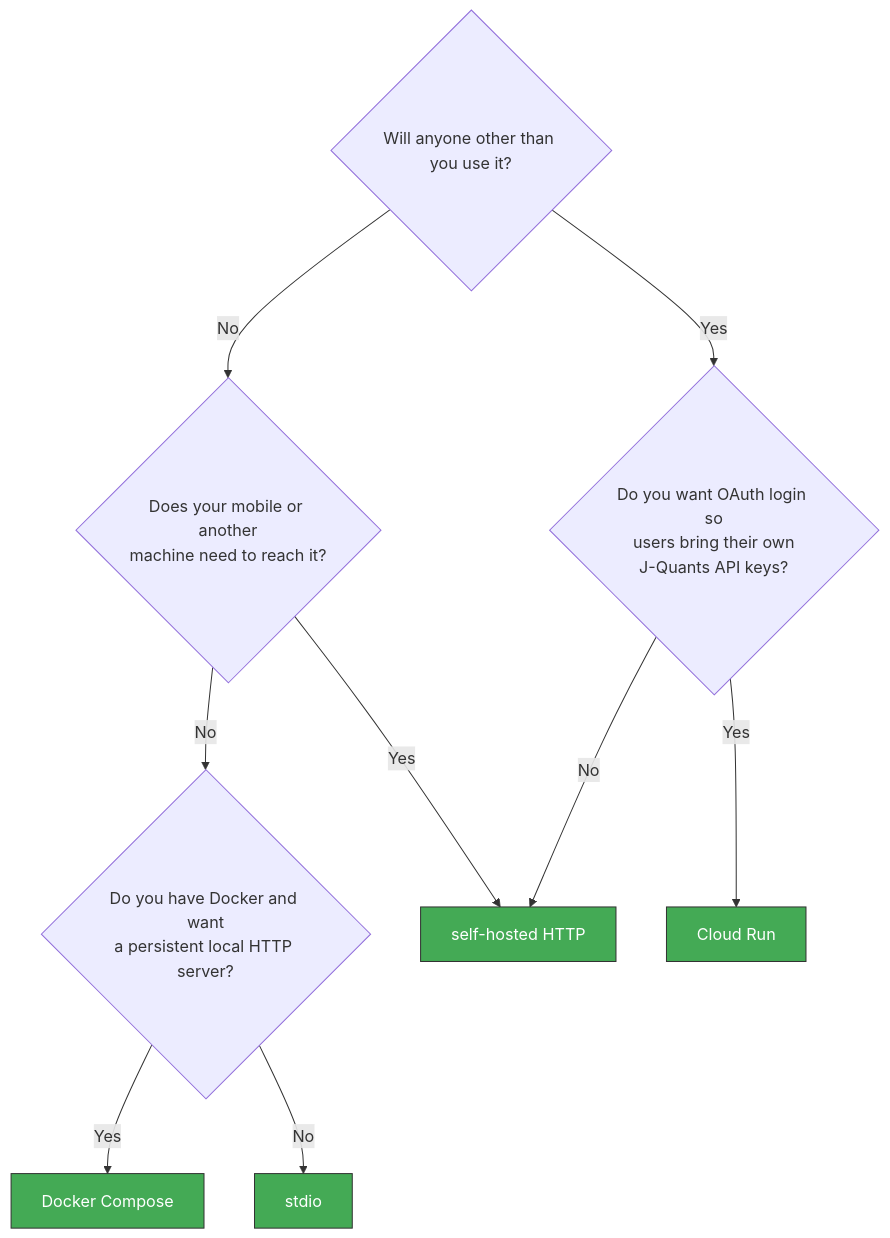
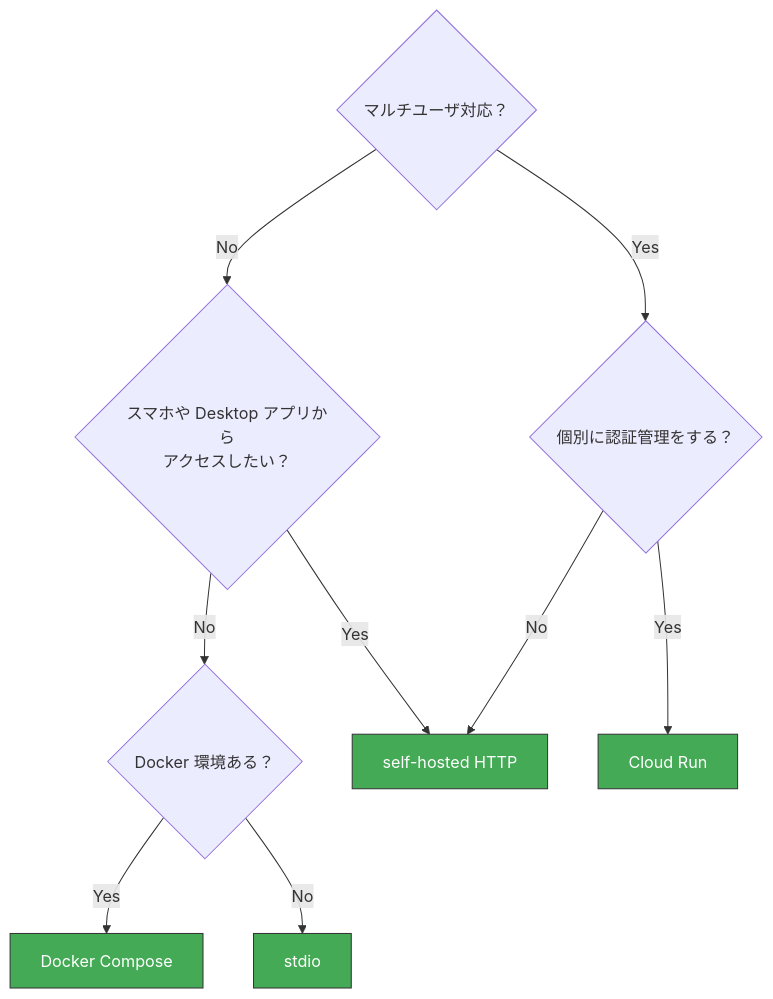
The first of 5 diagrams in docs/deploy/README.md (shigechika/jquants-mcp), drawn with Mermaid before and after one commit.

Commit message:
docs: simplify flowchart questions to concise Japanese labels

````diff
--- a/docs/deploy/README.md
+++ b/docs/deploy/README.md
@@ -14,20 +14,20 @@
 ```mermaid
 flowchart TD
-    Q1{"Will anyone other than you use it?"}
-    Q1 -->|No| Q2{"Does your mobile or another<br/>machine need to reach it?"}
-    Q1 -->|Yes| Q3{"Do you want OAuth login so<br/>users bring their own<br/>J-Quants API keys?"}
+    Q1{"マルチユーザ対応？"}
+    Q1 -->|No| Q2{"スマホや Desktop アプリから<br/>アクセスしたい？"}
+    Q1 -->|Yes| Q3{"個別に認証管理をする？"}
 
-    Q2 -->|No| Q4{"Do you have Docker and want<br/>a persistent local HTTP server?"}
+    Q2 -->|No| Q4{"Docker 環境ある？"}
     Q2 -->|Yes| R3["self-hosted HTTP"]
 
     Q4 -->|Yes| R1["Docker Compose"]
     Q4 -->|No| R2["stdio"]
 
     Q3 -->|Yes| R4["Cloud Run"]
     Q3 -->|No| R3
 
     style R1 fill:#4a5,stroke:#333,color:#fff
     style R2 fill:#4a5,stroke:#333,color:#fff
     style R3 fill:#4a5,stroke:#333,color:#fff
     style R4 fill:#4a5,stroke:#333,color:#fff
 ```
````
